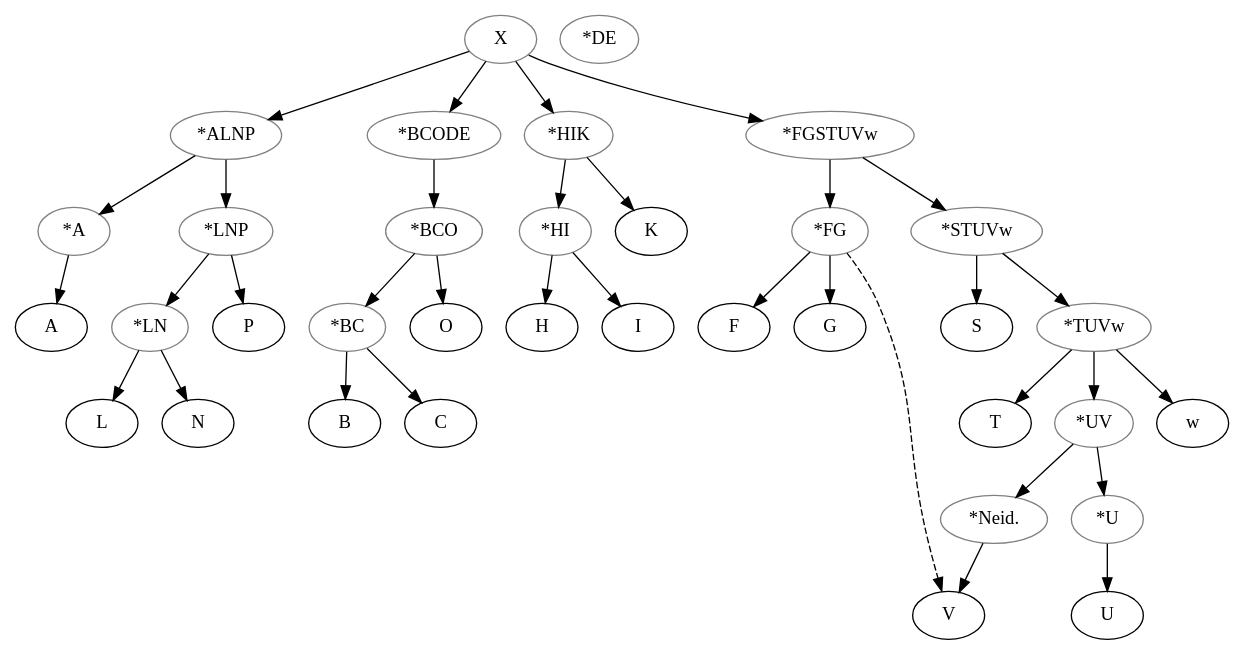
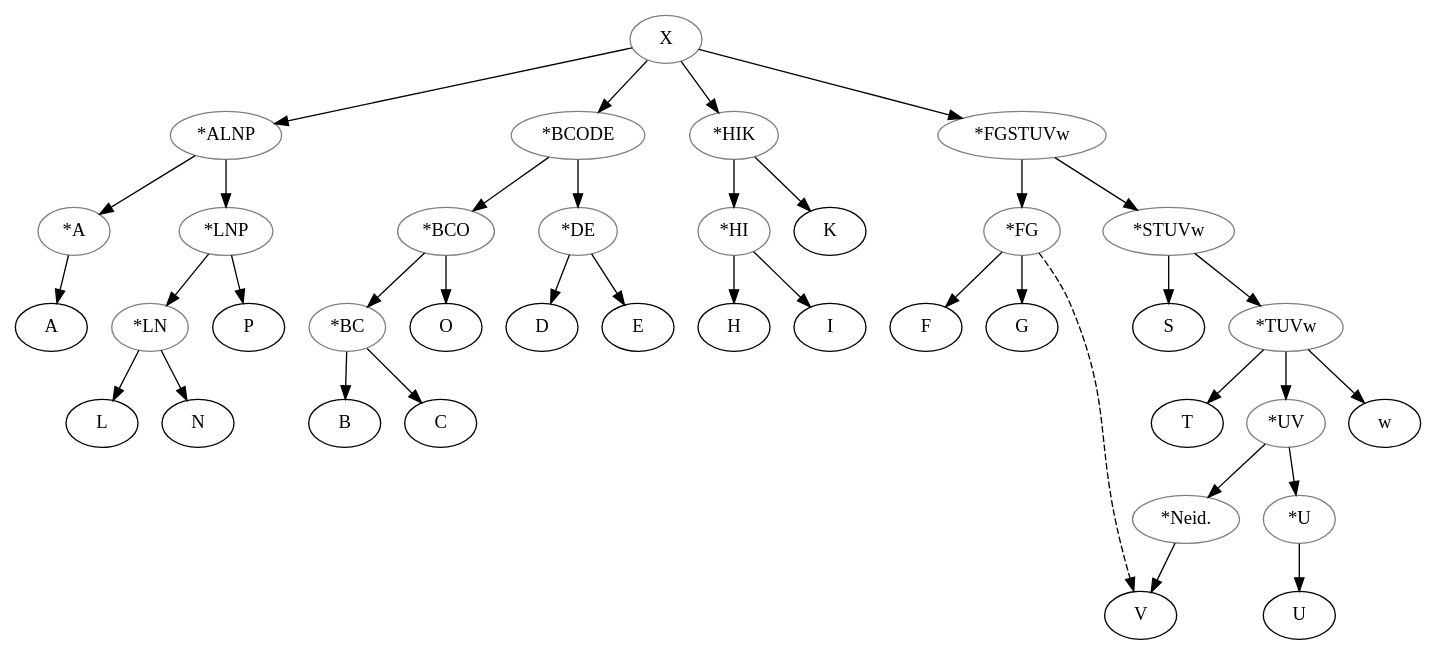
The diagram in data/gmh/Strippel_1978_KoeniginVonFrankreich/stemma.gv (OpenStemmata/database), drawn with Graphviz before and after one commit.

Commit message:
Correction

```diff
--- a/data/gmh/Strippel_1978_KoeniginVonFrankreich/stemma.gv
+++ b/data/gmh/Strippel_1978_KoeniginVonFrankreich/stemma.gv
@@ -1,62 +1,67 @@
 digraph {
   X [color="grey"]
   ALNP [color="grey", label="*ALNP"]
   Astar [color="grey", label="*A"]
   
 
   
   X -> ALNP
   ALNP -> Astar # oral transmission
   Astar -> A
   LNP[label="*LNP", color="grey"]
   ALNP -> LNP
   LN[label="*LN", color="grey"]
   LNP -> LN
   LN -> L
   LN -> N 
   LNP -> P
 
   BCODE[label="*BCODE", color="grey"]
   X -> BCODE
   BCO[label="*BCO", color="grey"]
   BCODE -> BCO 
   BC[label="*BC", color="grey"]
   BCO -> BC
   BC -> B
   BC -> C
   BCO -> O # oral transmission
 
   DE[label="*DE", color="grey"]
+  BCODE->DE
+  DE->D;
+  DE->E;
+
+  
 
   HIK[label="*HIK", color="grey"]
   X -> HIK
   HI[label="*HI", color="grey"]
   HIK -> HI
   HI -> H
   HI -> I
   HIK -> K    
 
   FGSTUVw [color="grey", label="*FGSTUVw"]
   X -> FGSTUVw
   FG [color="grey", label="*FG"]
   FGSTUVw -> FG
   FG -> F #oral transmission
   FG -> G
   STUVw[label="*STUVw", color="grey"]
   FGSTUVw -> STUVw
   STUVw -> S
   TUVw[label="*TUVw", color="grey"]
   STUVw -> TUVw
   TUVw -> T
   UV[label="*UV", color="grey"]
   TUVw -> UV
   TUVw -> w
   U1[label="*U", color="grey"]
   UV -> U1 #oral transmission
   U1 -> U
   Neid[color="grey", label="*Neid."]
   UV -> Neid
   Neid -> V
   FG -> V [style="dashed"]
    
 }
```
